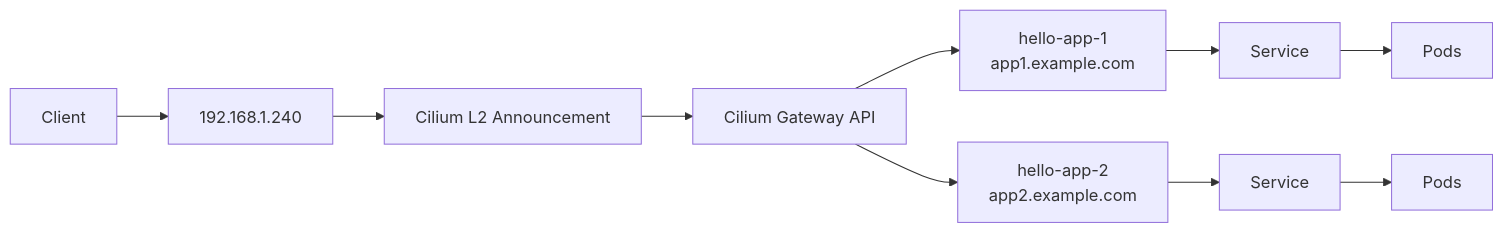
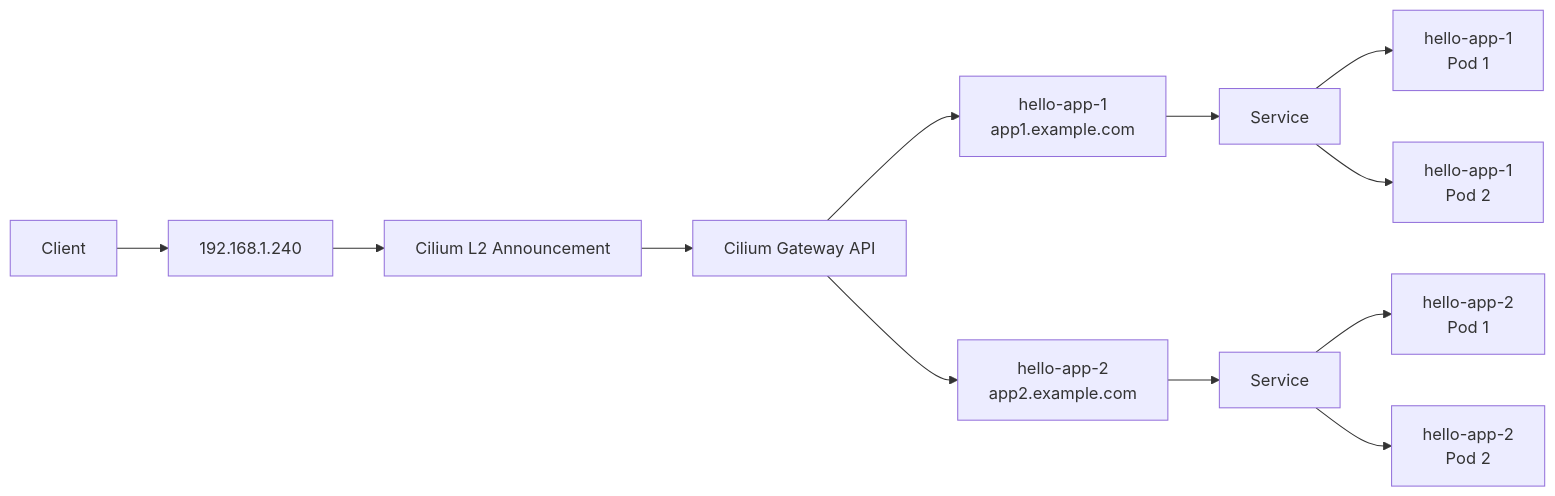
One commit to previder/kubernetes-examples changed the diagram in Cilium-LB-IPAM/Cilium-Gateway-API-with-LB-IPAM-and-L2-Announcement.md. Above: the diagram before and after it, drawn with Mermaid.

````diff
--- a/Cilium-LB-IPAM/Cilium-Gateway-API-with-LB-IPAM-and-L2-Announcement.md
+++ b/Cilium-LB-IPAM/Cilium-Gateway-API-with-LB-IPAM-and-L2-Announcement.md
@@ -25,12 +25,18 @@
 ```mermaid
 flowchart LR
     Client --> IP["192.168.1.240"]
     IP --> L2["Cilium L2 Announcement"]
     L2 --> Gateway["Cilium Gateway API"]
 
     Gateway --> App1["hello-app-1 <br/>app1.example.com"]
     Gateway --> App2["hello-app-2 <br/>app2.example.com"]
 
-    App1 --> Service1["Service"] --> Pods1["Pods"]
-    App2 --> Service2["Service"] --> Pods2["Pods"]
+    App1 --> Service1["Service"]
+    App2 --> Service2["Service"]
+
+    Service1 --> Pod1["hello-app-1 <br/>Pod 1"]
+    Service1 --> Pod2["hello-app-1 <br/>Pod 2"]
+
+    Service2 --> Pod3["hello-app-2 <br/>Pod 1"]
+    Service2 --> Pod4["hello-app-2 <br/>Pod 2"]
 ```
````
